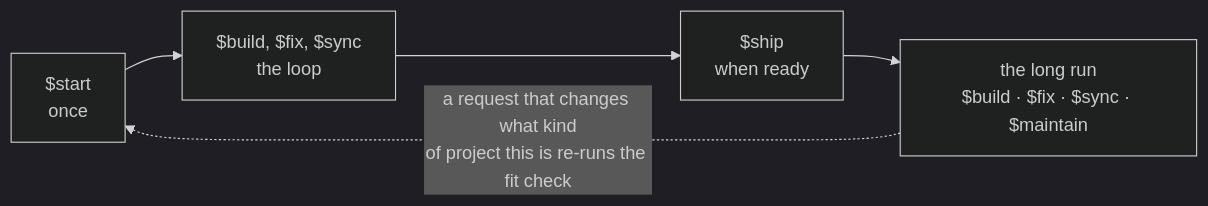
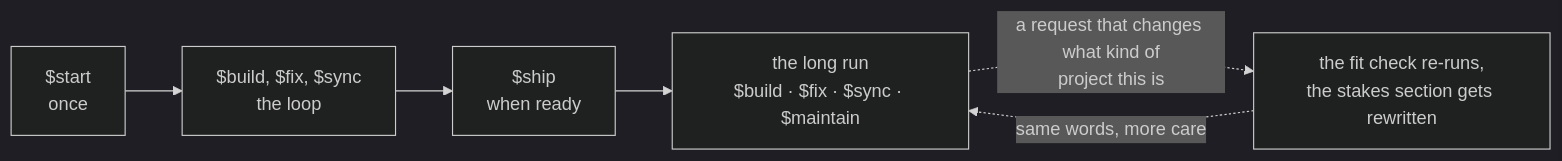
One commit to gwpicard/ai-build-kit changed the diagram in README.md. Above: the diagram before and after it, drawn with Mermaid (dark theme). The commit also changed other lines of this file, not shown here.

First line of the commit message:
Revise quick start and project fit check details

````diff
--- a/README.md
+++ b/README.md
@@ -42,7 +40,8 @@
 ```mermaid
 flowchart LR
   S["$start<br/>once"] --> L["$build, $fix, $sync<br/>the loop"]
   L --> P["$ship<br/>when ready"]
   P --> R["the long run<br/>$build · $fix · $sync · $maintain"]
-  R -. a request that changes what kind<br/>of project this is re-runs the fit check .-> S
+  R -. a request that changes what kind of<br/>project this is .-> F["the fit check re-runs,<br/>the stakes section gets rewritten"]
+  F -. same words, more care .-> R
 ```
````
